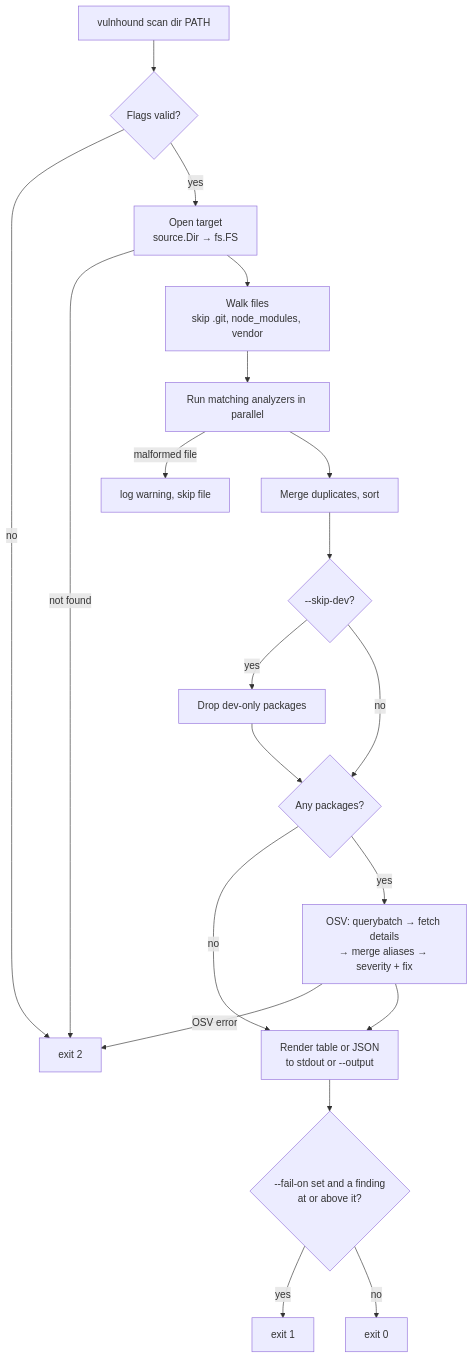
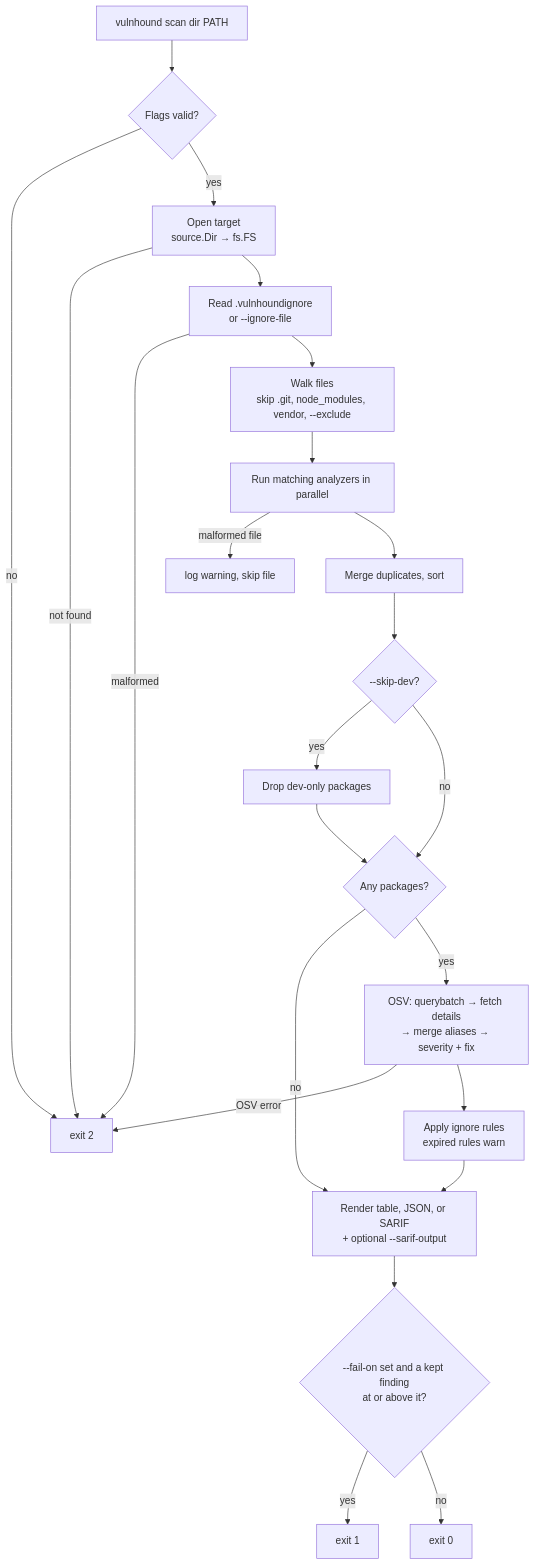
Before and after one commit to 0x48core/vulnhound: the first of 4 diagrams in docs/workflow.md, drawn with Mermaid. The commit also changed other lines of this file and 24 other files, not shown here.

First line of the commit message:
feat!: add SARIF output, ignore file, and path excludes

````diff
--- a/docs/workflow.md
+++ b/docs/workflow.md
@@ -18,22 +18,25 @@
 ```mermaid
 flowchart TD
     A[vulnhound scan dir PATH] --> B{Flags valid?}
     B -- no --> X2[exit 2]
     B -- yes --> C[Open target<br/>source.Dir → fs.FS]
     C -- not found --> X2
-    C --> D[Walk files<br/>skip .git, node_modules, vendor]
+    C --> IG[Read .vulnhoundignore<br/>or --ignore-file]
+    IG -- malformed --> X2
+    IG --> D[Walk files<br/>skip .git, node_modules, vendor, --exclude]
     D --> E[Run matching analyzers in parallel]
     E -- malformed file --> W[log warning, skip file]
     E --> F[Merge duplicates, sort]
     F --> G{--skip-dev?}
     G -- yes --> H[Drop dev-only packages]
     G -- no --> I
     H --> I{Any packages?}
     I -- no --> K
     I -- yes --> J[OSV: querybatch → fetch details<br/>→ merge aliases → severity + fix]
     J -- OSV error --> X2
-    J --> K[Render table or JSON<br/>to stdout or --output]
-    K --> L{--fail-on set and a finding<br/>at or above it?}
+    J --> IR[Apply ignore rules<br/>expired rules warn]
+    IR --> K[Render table, JSON, or SARIF<br/>+ optional --sarif-output]
+    K --> L{--fail-on set and a kept finding<br/>at or above it?}
     L -- yes --> X1[exit 1]
     L -- no --> X0[exit 0]
 ```
````
